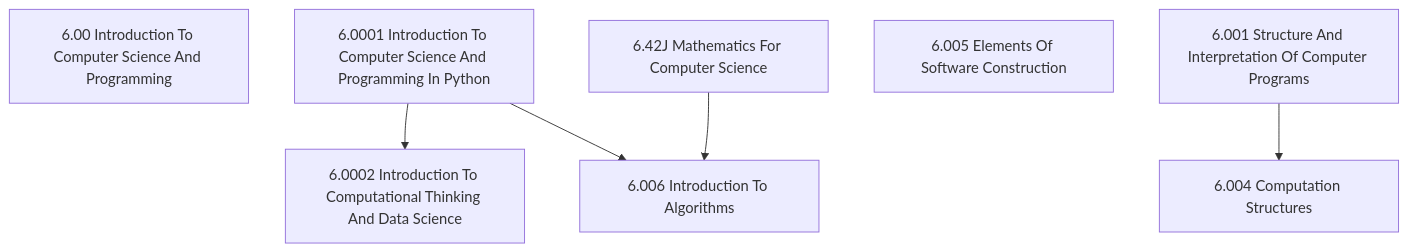
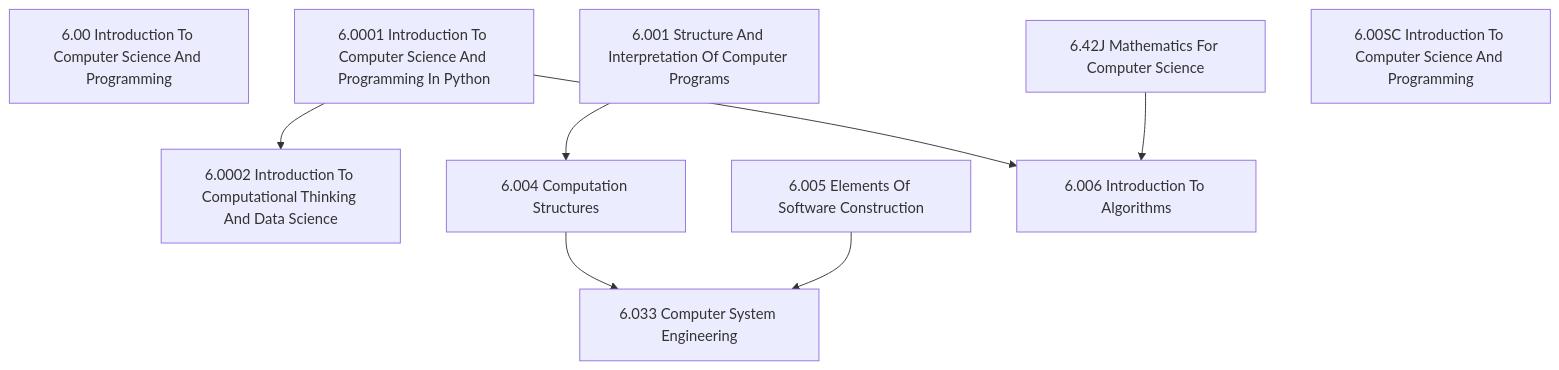
The diagram in readme.md (zaienaji/mit-ocw), drawn with Mermaid before and after one commit.

````diff
--- a/readme.md
+++ b/readme.md
@@ -3,9 +3,12 @@
 ```mermaid
   graph TD;
     1[6.00 Introduction To Computer Science And Programming]
     2[6.0001 Introduction To Computer Science And Programming In Python] --> 3[6.0002 Introduction To Computational Thinking And Data Science]
     4[6.001 Structure And Interpretation Of Computer Programs]--> 5[6.004 Computation Structures]
     6[6.005 Elements Of Software Construction]
     2 --> 7[6.006 Introduction To Algorithms]
     8[6.42J Mathematics For Computer Science] --> 7
+    9[6.00SC Introduction To Computer Science And Programming]
+    5 --> 10[6.033 Computer System Engineering]
+    6 --> 10
 ```
````
